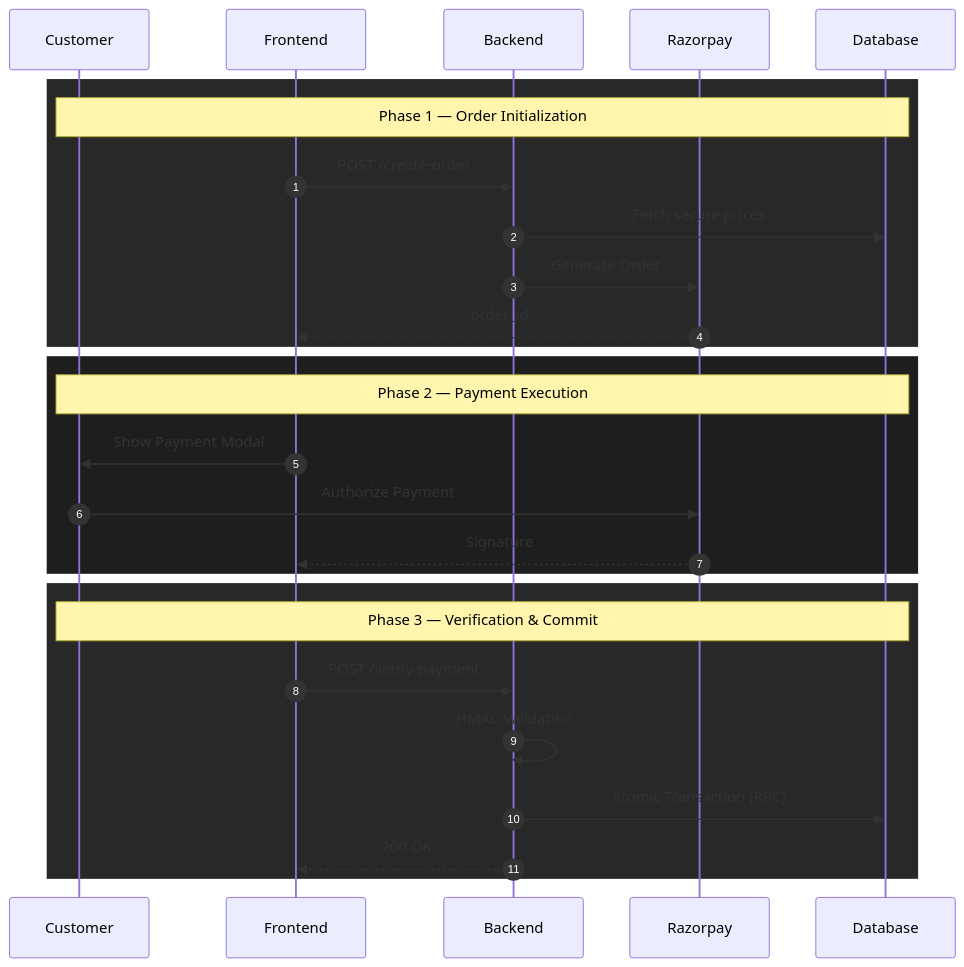
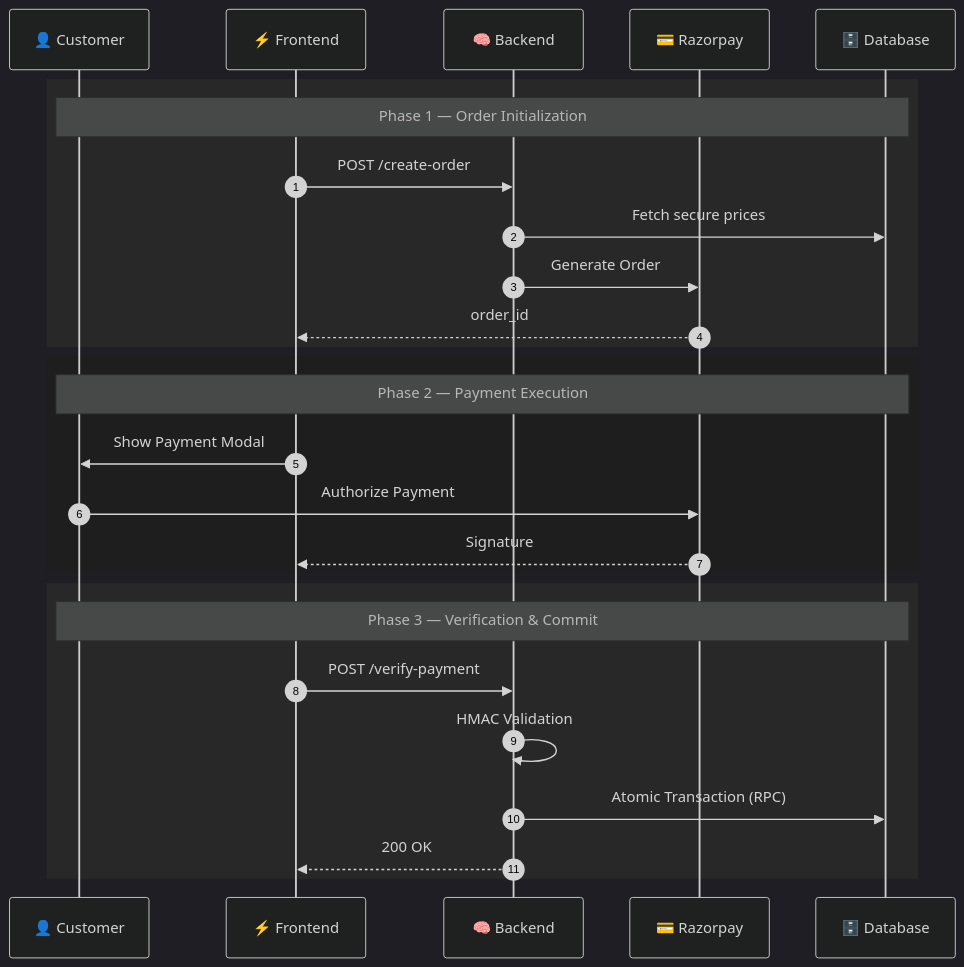
The fourth of 6 diagrams in README.md (kiran-8287/nescafe-iitpkd), drawn with Mermaid before and after one commit. The commit also changed other lines of this file, not shown here.

Commit message:
docs: enhance README with font-awesome icons, Mermaid themes, and improved structural labeling

````diff
--- a/README.md
+++ b/README.md
@@ -137,32 +140,33 @@
 ```mermaid
+%%{init: { 'theme': 'dark', 'themeVariables': { 'primaryColor': '#D4AF37', 'secondaryColor': '#3E2723' } } }%%
 sequenceDiagram
     autonumber
-    participant U as Customer
-    participant F as Frontend
-    participant B as Backend
-    participant R as Razorpay
-    participant DB as Database
+    participant U as 👤 Customer
+    participant F as ⚡ Frontend
+    participant B as 🧠 Backend
+    participant R as 💳 Razorpay
+    participant DB as 🗄️ Database
 
     rect rgb(40, 40, 40)
         Note over U,DB: Phase 1 — Order Initialization
         F->>B: POST /create-order
         B->>DB: Fetch secure prices
         B->>R: Generate Order
         R-->>F: order_id
     end
 
     rect rgb(30, 30, 30)
         Note over U,DB: Phase 2 — Payment Execution
         F->>U: Show Payment Modal
         U->>R: Authorize Payment
         R-->>F: Signature
     end
 
     rect rgb(40, 40, 40)
         Note over U,DB: Phase 3 — Verification & Commit
         F->>B: POST /verify-payment
         B->>B: HMAC Validation
         B->>DB: Atomic Transaction (RPC)
         B-->>F: 200 OK
     end
 ```
````
